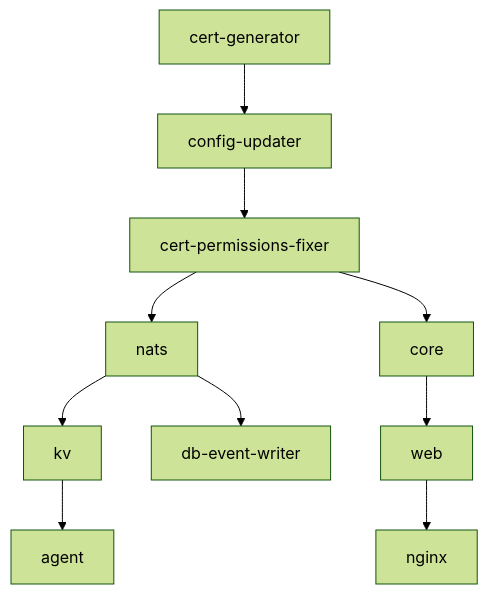
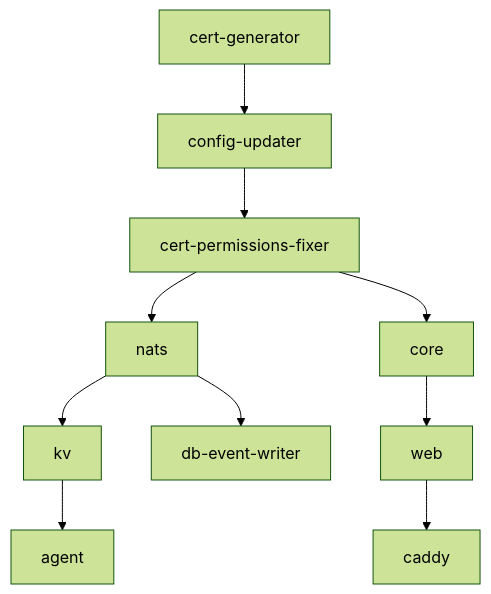
The diagram in docs/docs/docker-setup.md (carverauto/serviceradar), drawn with Mermaid (forest theme) before and after one commit. The commit also changed other lines of this file and 21 other files, not shown here.

````diff
--- a/docs/docs/docker-setup.md
+++ b/docs/docs/docker-setup.md
@@ -646,12 +655,12 @@
 ```mermaid
 graph TD
     A[cert-generator] --> B[config-updater]
     B --> C[cert-permissions-fixer]
     C --> D[nats]
     C --> E[core]
     D --> F[kv]
     E --> G[web]
-    G --> H[nginx]
+    G --> H[caddy]
     F --> I[agent]
     D --> J[db-event-writer]
 ```
````
